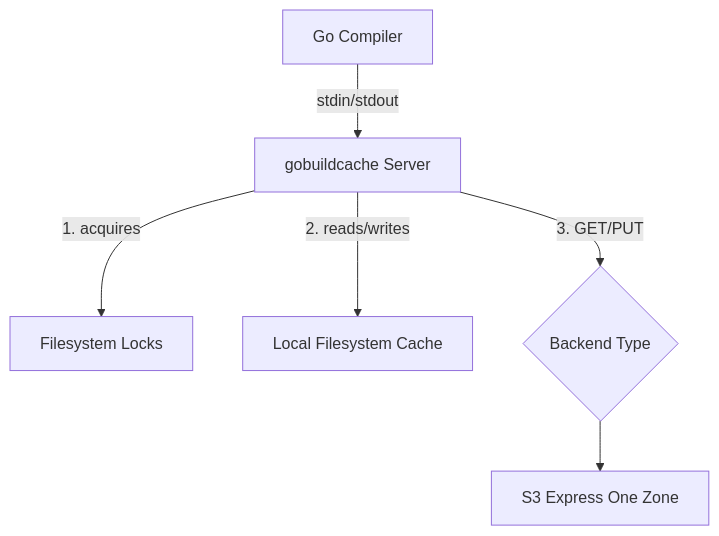
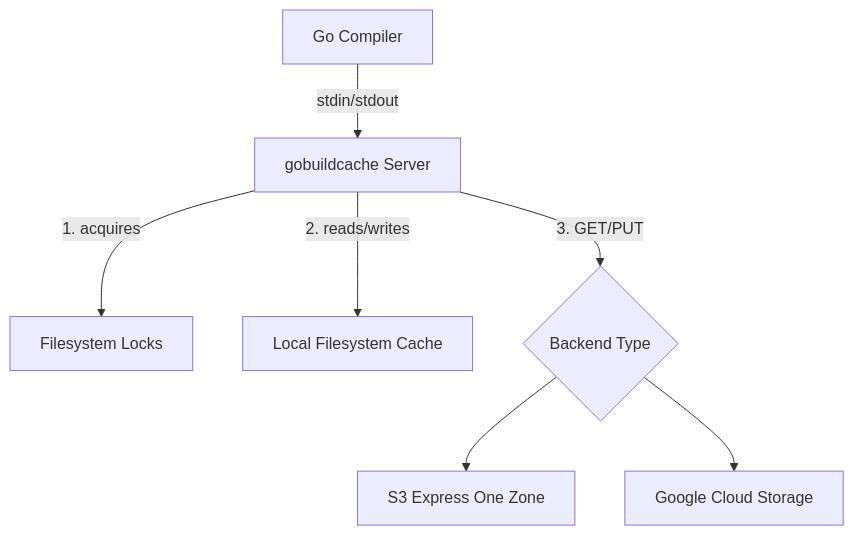
The first of 3 diagrams in README.md (richardartoul/gobuildcache), drawn with Mermaid before and after one commit. The commit also changed other lines of this file and 5 other files, not shown here.

First line of the commit message:
Add Google Cloud Storage (GCS) backend support

````diff
--- a/README.md
+++ b/README.md
@@ -171,8 +298,9 @@
 ```mermaid
 graph TB
     GC[Go Compiler] -->|stdin/stdout| GBC[gobuildcache Server]
     GBC -->| 1. acquires| Locks[Filesystem Locks]
     GBC -->|2. reads/writes| LFS[Local Filesystem Cache]
     GBC -->|3. GET/PUT| Backend{Backend Type}
     Backend --> S3OZ[S3 Express One Zone]
+    Backend --> GCS[Google Cloud Storage]
 ```
````
